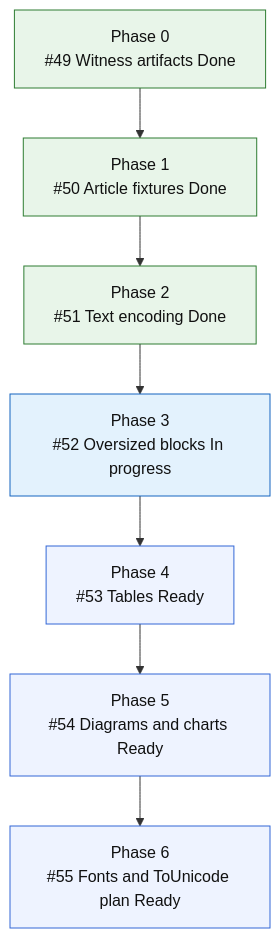
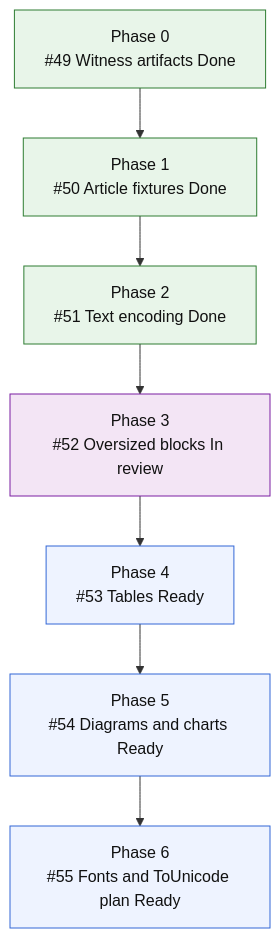
Before and after one commit to mihaelamj/MarkdownPDF: the second of 2 diagrams in README.md, drawn with Mermaid.

Commit message:
docs(roadmap): move oversized blocks to review

````diff
--- a/README.md
+++ b/README.md
@@ -212,22 +212,22 @@
 ```mermaid
 flowchart TD
     F0["Phase 0<br/>#49 Witness artifacts Done"]
     F1["Phase 1<br/>#50 Article fixtures Done"]
     F2["Phase 2<br/>#51 Text encoding Done"]
-    F3["Phase 3<br/>#52 Oversized blocks In progress"]
+    F3["Phase 3<br/>#52 Oversized blocks In review"]
     F4["Phase 4<br/>#53 Tables Ready"]
     F5["Phase 5<br/>#54 Diagrams and charts Ready"]
     F6["Phase 6<br/>#55 Fonts and ToUnicode plan Ready"]
 
     F0 --> F1 --> F2 --> F3 --> F4 --> F5 --> F6
 
     classDef done fill:#e8f5e9,stroke:#2e7d32,color:#111;
     classDef active fill:#e3f2fd,stroke:#1565c0,color:#111;
     classDef review fill:#f3e5f5,stroke:#7b1fa2,color:#111;
     classDef next fill:#fff8e1,stroke:#f9a825,color:#111;
     classDef todo fill:#eef3ff,stroke:#3367d6,color:#111;
     class F0,F1 done;
     class F2 done;
-    class F3 active;
+    class F3 review;
     class F4,F5,F6 todo;
 ```
````
